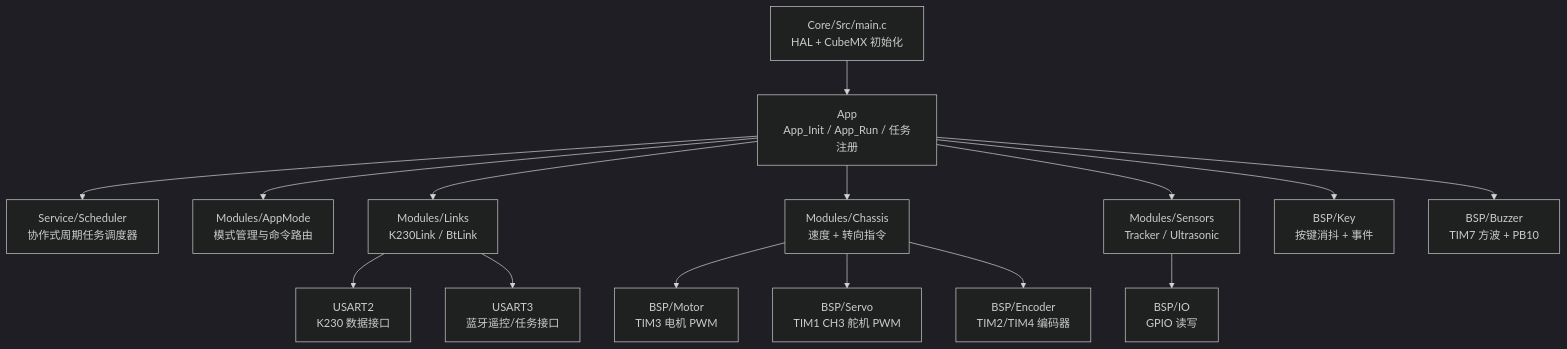
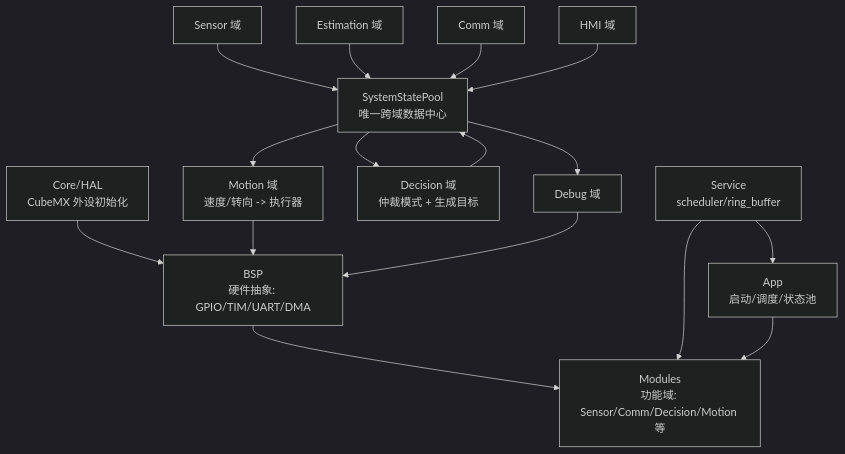
One commit to Reach-001/Car_Project changed the diagram in FRAMEWORK.md. Above: the diagram before and after it, drawn with Mermaid (dark theme). The commit also changed other lines of this file and 46 other files, not shown here.

````diff
--- a/FRAMEWORK.md
+++ b/FRAMEWORK.md
@@ -7,20 +50,19 @@
 ```mermaid
 flowchart TB
-    Main["Core/Src/main.c<br/>HAL + CubeMX 初始化"] --> App["App<br/>App_Init / App_Run / 任务注册"]
-    App --> Scheduler["Service/Scheduler<br/>协作式周期任务调度器"]
-    App --> Mode["Modules/AppMode<br/>模式管理与命令路由"]
-    App --> Links["Modules/Links<br/>K230Link / BtLink"]
-    App --> Chassis["Modules/Chassis<br/>速度 + 转向指令"]
-    App --> Sensors["Modules/Sensors<br/>Tracker / Ultrasonic"]
+    Core["Core/HAL<br/>CubeMX 外设初始化"] --> BSP["BSP<br/>硬件抽象: GPIO/TIM/UART/DMA"]
+    BSP --> Modules["Modules<br/>功能域: Sensor/Comm/Decision/Motion 等"]
+    Service["Service<br/>scheduler/ring_buffer"] --> App["App<br/>启动/调度/状态池"]
+    Service --> Modules
+    App --> Modules
 
-    Chassis --> Motor["BSP/Motor<br/>TIM3 电机 PWM"]
-    Chassis --> Servo["BSP/Servo<br/>TIM1 CH3 舵机 PWM"]
-    Chassis --> Encoder["BSP/Encoder<br/>TIM2/TIM4 编码器"]
-
-    Sensors --> Io["BSP/IO<br/>GPIO 读写"]
-    App --> Key["BSP/Key<br/>按键消抖 + 事件"]
-    App --> Buzzer["BSP/Buzzer<br/>TIM7 方波 + PB10"]
-
-    Links --> Uart2["USART2<br/>K230 数据接口"]
-    Links --> Uart3["USART3<br/>蓝牙遥控/任务接口"]
+    Sensor["Sensor 域"] --> Pool["SystemStatePool<br/>唯一跨域数据中心"]
+    Estimation["Estimation 域"] --> Pool
+    Comm["Comm 域"] --> Pool
+    HMI["HMI 域"] --> Pool
+    Pool --> Decision["Decision 域<br/>仲裁模式 + 生成目标"]
+    Decision --> Pool
+    Pool --> Motion["Motion 域<br/>速度/转向 -> 执行器"]
+    Motion --> BSP
+    Debug["Debug 域"] --> BSP
+    Pool --> Debug
 ```
````
